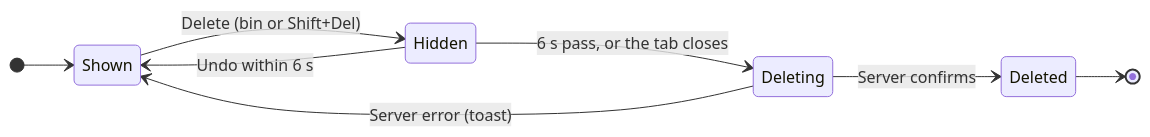
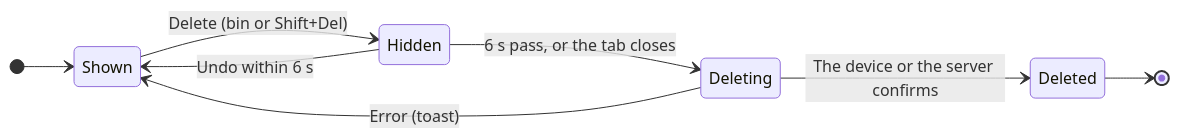
Before and after one commit to rabeeh18/ucs503p-202627-MemoryLane: the diagram in docs/user-guide/library.md, drawn with Mermaid. The commit also changed 20 other files, not shown here.

First line of the commit message:
Diagrams: device storage and IndexedDB in docs and report

````diff
--- a/docs/user-guide/library.md
+++ b/docs/user-guide/library.md
@@ -20,11 +20,11 @@
 ```mermaid
 stateDiagram-v2
     direction LR
     [*] --> Shown
     Shown --> Hidden: Delete (bin or Shift+Del)
     Hidden --> Shown: Undo within 6 s
     Hidden --> Deleting: 6 s pass, or the tab closes
-    Deleting --> Deleted: Server confirms
-    Deleting --> Shown: Server error (toast)
+    Deleting --> Deleted: The device or the server confirms
+    Deleting --> Shown: Error (toast)
     Deleted --> [*]
 ```
````
